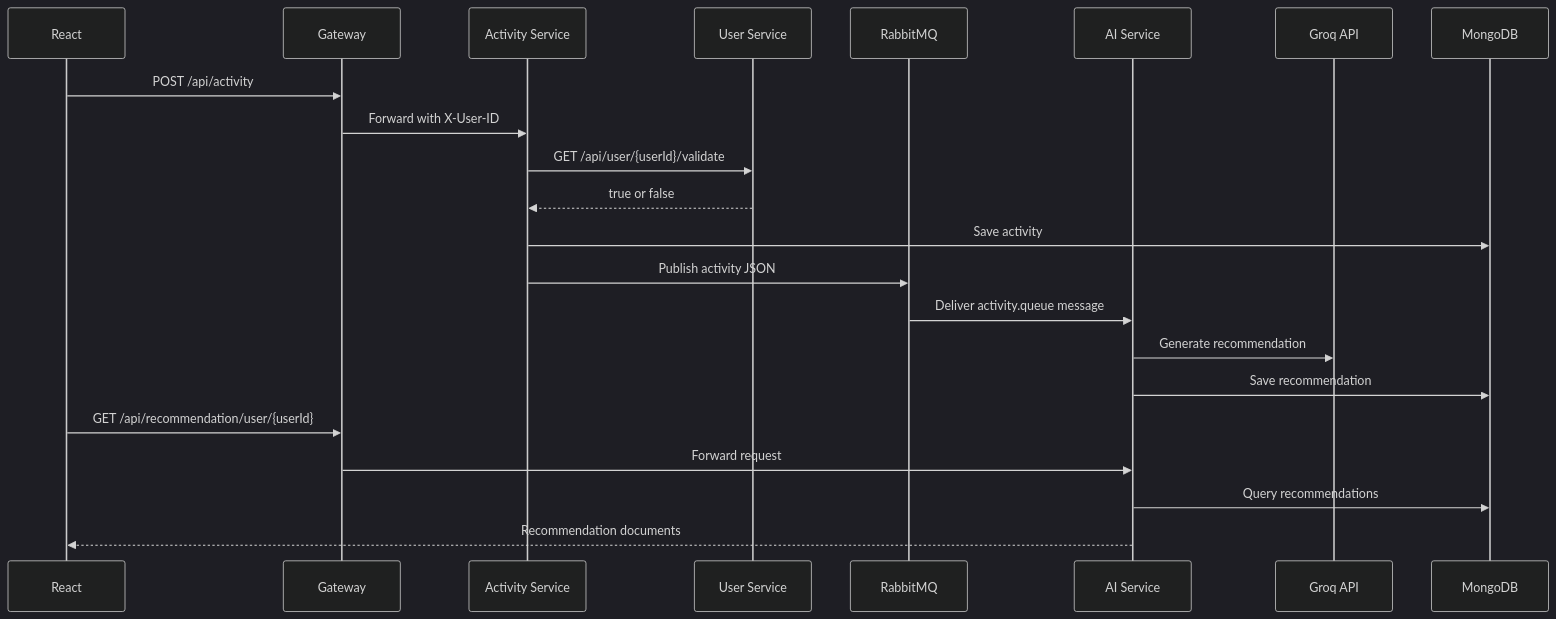
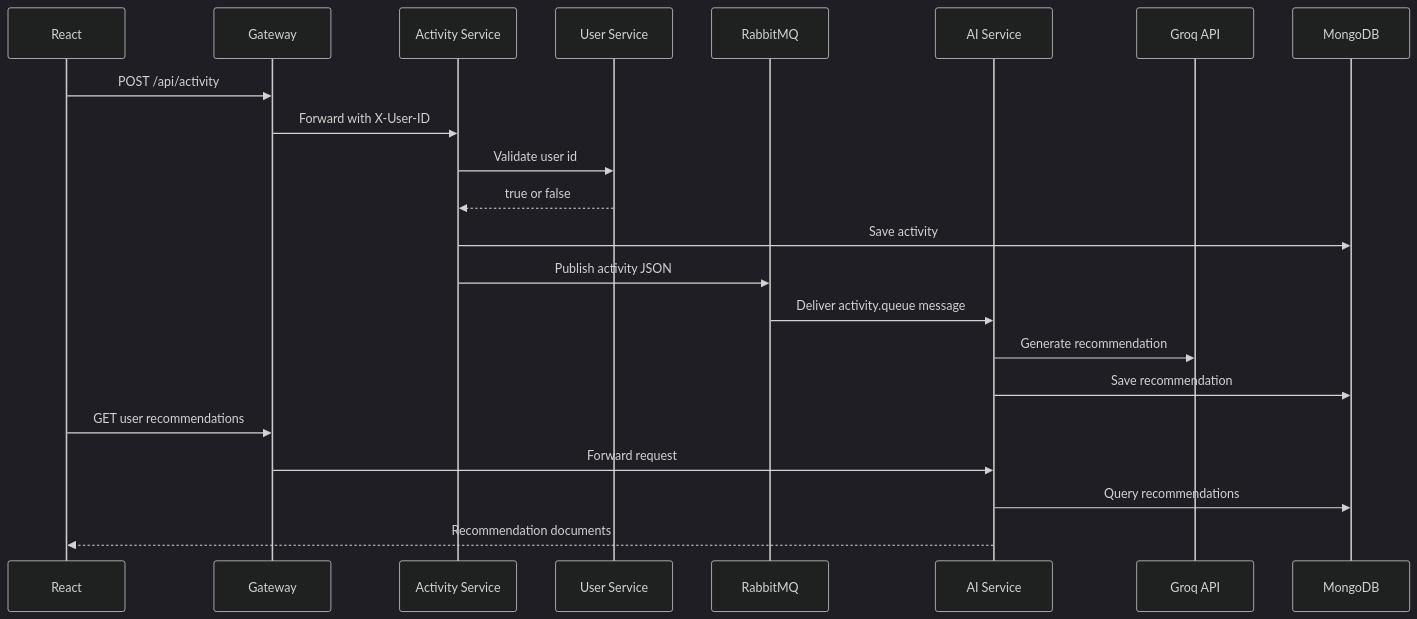
The second of 5 diagrams in docs/WORKFLOW.md (amandwivedi143/Fitduck), drawn with Mermaid (dark theme) before and after one commit. The commit also changed other lines of this file and 3 other files, not shown here.

````diff
--- a/docs/WORKFLOW.md
+++ b/docs/WORKFLOW.md
@@ -22,25 +22,25 @@
 ```mermaid
 sequenceDiagram
   participant UI as React
   participant Gateway as Gateway
   participant Activity as Activity Service
   participant User as User Service
   participant Rabbit as RabbitMQ
   participant AI as AI Service
   participant Groq as Groq API
   participant Mongo as MongoDB
 
   UI->>Gateway: POST /api/activity
   Gateway->>Activity: Forward with X-User-ID
-  Activity->>User: GET /api/user/{userId}/validate
+  Activity->>User: Validate user id
   User-->>Activity: true or false
   Activity->>Mongo: Save activity
   Activity->>Rabbit: Publish activity JSON
   Rabbit->>AI: Deliver activity.queue message
   AI->>Groq: Generate recommendation
   AI->>Mongo: Save recommendation
-  UI->>Gateway: GET /api/recommendation/user/{userId}
+  UI->>Gateway: GET user recommendations
   Gateway->>AI: Forward request
   AI->>Mongo: Query recommendations
   AI-->>UI: Recommendation documents
 ```
````
